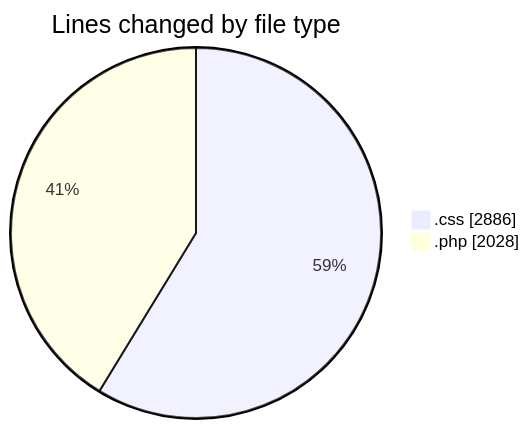
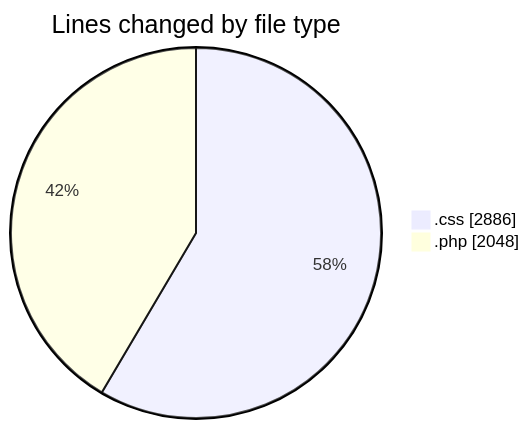
Before and after one commit to debugP/code-tracking: the first of 2 diagrams in 2026-03-17/plugins__workspace_/README.md, drawn with Mermaid. The commit also changed other lines of this file and 1 other file, not shown here.

````diff
--- a/2026-03-17/plugins__workspace_/README.md
+++ b/2026-03-17/plugins__workspace_/README.md
@@ -21,6 +21,6 @@
 ```mermaid
 pie showData
 title Lines changed by file type
 ".css" : 2886
-".php" : 2028
+".php" : 2048
 ```
````
